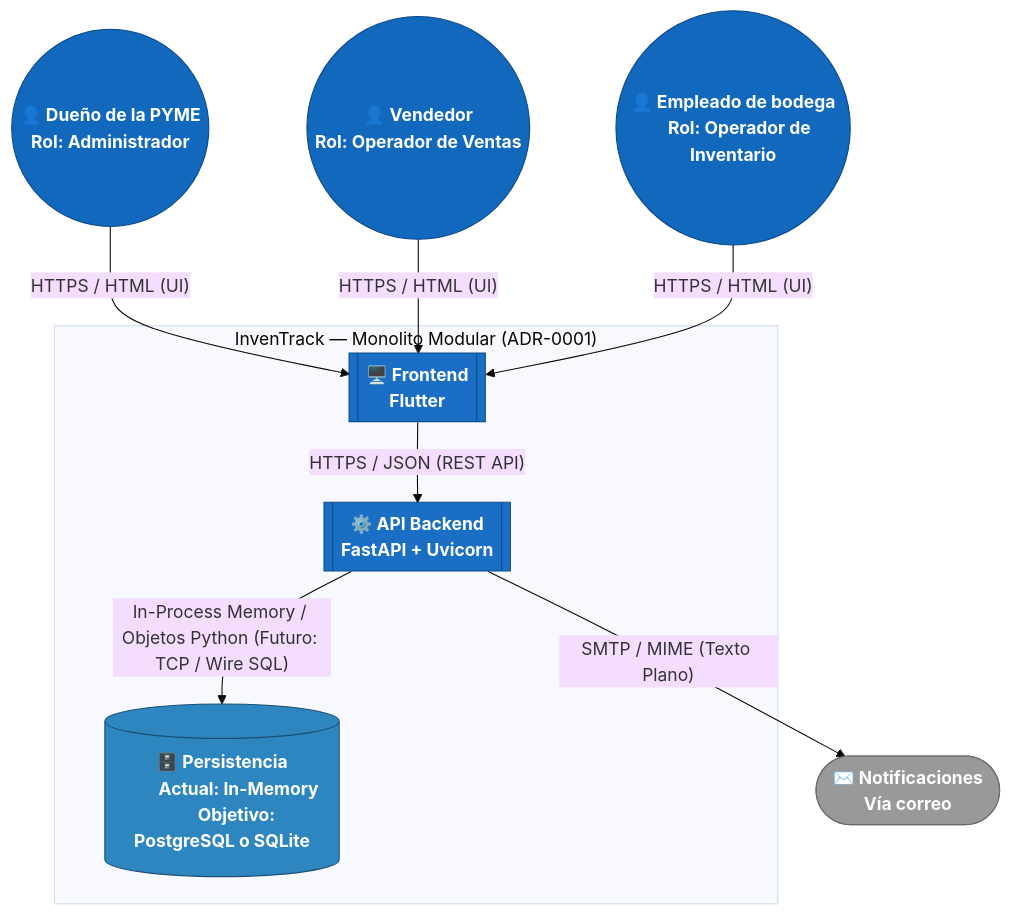
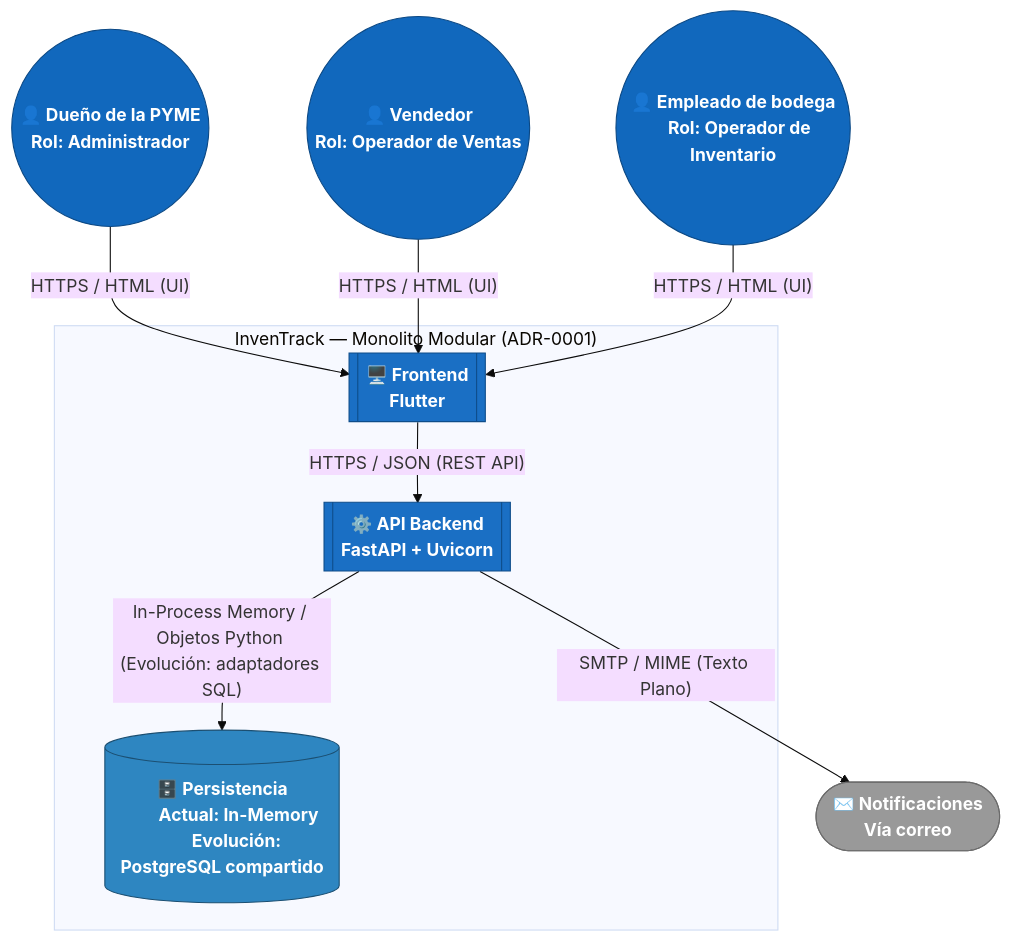
Before and after one commit to ISCOUTB/AS_202620_InvenTrack: the first of 2 diagrams in docs/c4/containers.md, drawn with Mermaid (base theme). The commit also changed other lines of this file and 9 other files, not shown here.

Commit message:
feat(docs): update architectural decision records and documentation for in-memory repositories in MVP

````diff
--- a/docs/c4/containers.md
+++ b/docs/c4/containers.md
@@ -9,39 +9,39 @@
 ```mermaid
 flowchart TB
     Dueno(("👤 Dueño de la PYME
     Rol: Administrador"))
     Vendedor(("👤 Vendedor
     Rol: Operador de Ventas"))
     Empleado(("👤 Empleado de bodega
     Rol: Operador de Inventario"))
 
     subgraph InvenTrack["InvenTrack — Monolito Modular (ADR-0001)"]
         Web[["🖥️ Frontend
         Flutter"]]
         Api[["⚙️ API Backend
         FastAPI + Uvicorn"]]
         Db[("🗄️ Persistencia
         Actual: In-Memory
-        Objetivo: PostgreSQL o SQLite")]
+        Evolución: PostgreSQL compartido")]
     end
 
     Notif(["✉️ Notificaciones
     Vía correo"])
 
     Dueno -- "HTTPS / HTML (UI)" --> Web
     Vendedor -- "HTTPS / HTML (UI)" --> Web
     Empleado -- "HTTPS / HTML (UI)" --> Web
     Web -- "HTTPS / JSON (REST API)" --> Api
-    Api -- "In-Process Memory / Objetos Python (Futuro: TCP / Wire SQL)" --> Db
+    Api -- "In-Process Memory / Objetos Python (Evolución: adaptadores SQL)" --> Db
     Api -- "SMTP / MIME (Texto Plano)" --> Notif
 
     classDef person fill:#1168bd,stroke:#0b4884,color:#ffffff,font-weight:bold
     classDef container fill:#1a6fc4,stroke:#0e4d8a,color:#ffffff,font-weight:bold
     classDef db fill:#2e86c1,stroke:#1b4f72,color:#ffffff,font-weight:bold
     classDef external fill:#999999,stroke:#6b6b6b,color:#ffffff,font-weight:bold
 
     class Dueno,Vendedor,Empleado person
     class Web,Api container
     class Db db
     class Notif external
 ```
````
